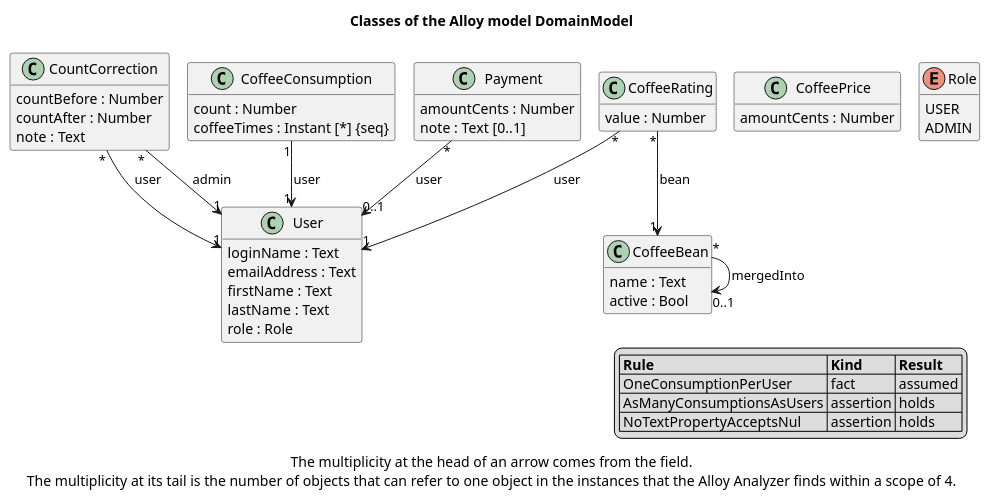
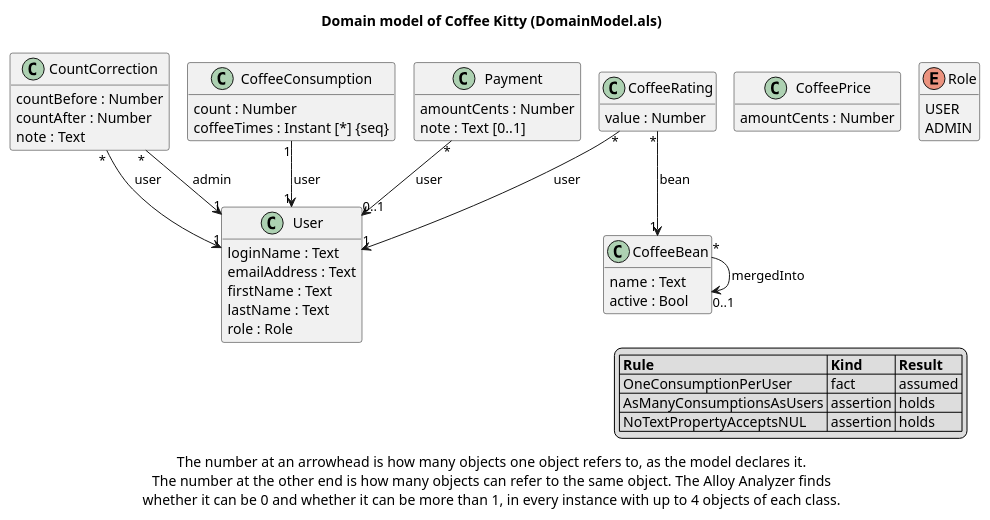
Before and after one commit to se-uhd/coffee-kitty: the diagram in doc/class-diagrams/DomainModel.puml, drawn with PlantUML. The commit also changed 6 other files, not shown here.

First line of the commit message:
docs(models): name the class diagram after its model, clarify numbers

```diff
--- a/doc/class-diagrams/DomainModel.puml
+++ b/doc/class-diagrams/DomainModel.puml
@@ -1,54 +1,54 @@
 @startuml
 !pragma layout smetana
 hide methods
 skinparam classAttributeIconSize 0
-title Classes of the Alloy model DomainModel
+title Domain model of Coffee Kitty (DomainModel.als)
 class User {
   loginName : Text
   emailAddress : Text
   firstName : Text
   lastName : Text
   role : Role
 }
 class CoffeeConsumption {
   count : Number
   coffeeTimes : Instant [*] {seq}
 }
 class CountCorrection {
   countBefore : Number
   countAfter : Number
   note : Text
 }
 class CoffeeBean {
   name : Text
   active : Bool
 }
 class CoffeeRating {
   value : Number
 }
 class CoffeePrice {
   amountCents : Number
 }
 class Payment {
   amountCents : Number
   note : Text [0..1]
 }
 enum Role {
   USER
   ADMIN
 }
 CoffeeConsumption "1" --> "1" User : user
 CountCorrection "*" --> "1" User : user
 CountCorrection "*" --> "1" User : admin
 CoffeeBean "*" --> "0..1" CoffeeBean : mergedInto
 CoffeeRating "*" --> "1" User : user
 CoffeeRating "*" --> "1" CoffeeBean : bean
 Payment "*" --> "0..1" User : user
 legend right
 |= Rule |= Kind |= Result |
 | OneConsumptionPerUser | fact | assumed |
 | AsManyConsumptionsAsUsers | assertion | holds |
-| NoTextPropertyAcceptsNul | assertion | holds |
+| NoTextPropertyAcceptsNUL | assertion | holds |
 endlegend
-caption The multiplicity at the head of an arrow comes from the field.\nThe multiplicity at its tail is the number of objects that can refer to one object in the instances that the Alloy Analyzer finds within a scope of 4.
+caption The number at an arrowhead is how many objects one object refers to, as the model declares it.\nThe number at the other end is how many objects can refer to the same object. The Alloy Analyzer finds\nwhether it can be 0 and whether it can be more than 1, in every instance with up to 4 objects of each class.
 @enduml
```
